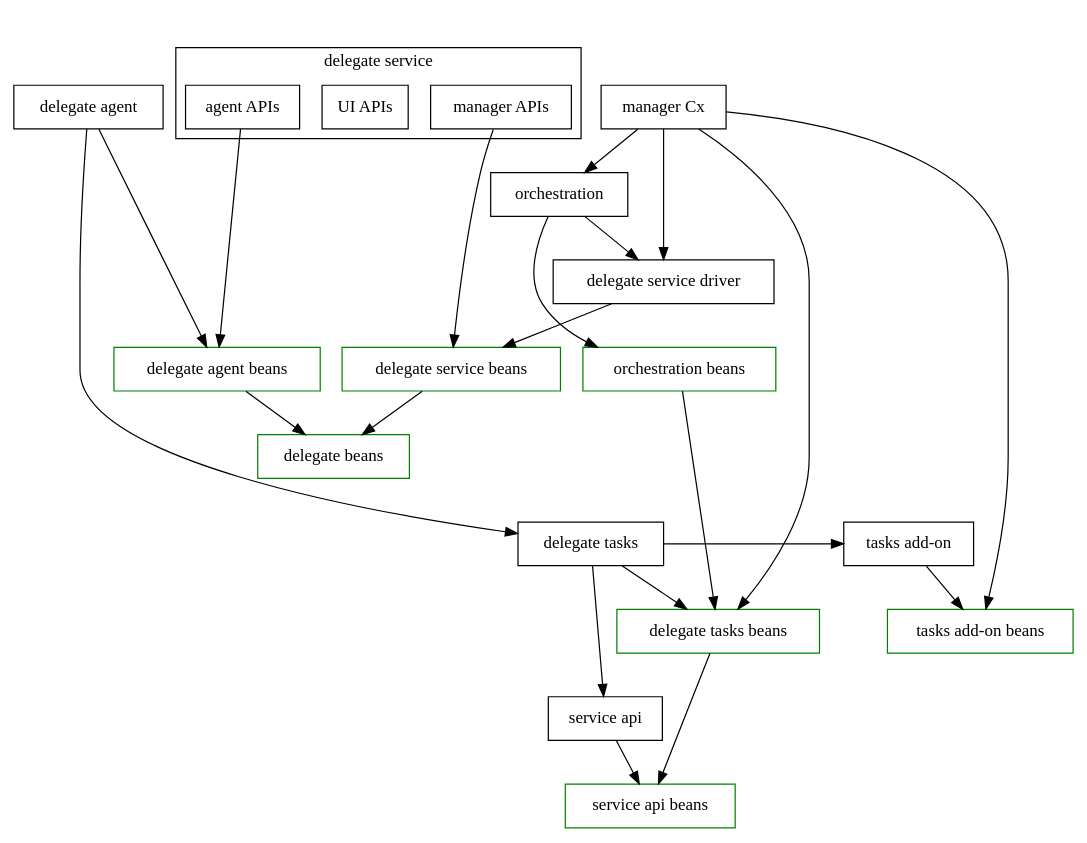
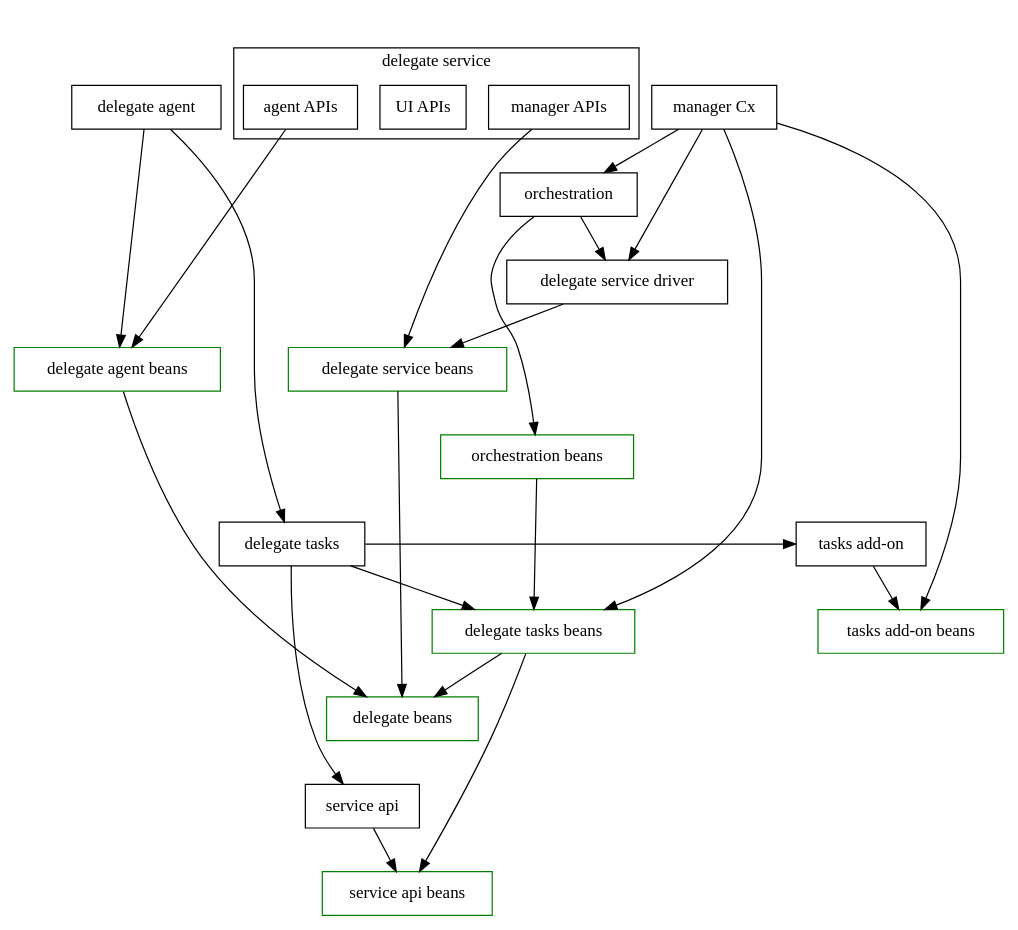
One commit to pranay-harness/harness-core changed the diagram in img/graphviz/layers.dot. Above: the diagram before and after it, drawn with Graphviz. The commit also changed 15 other files, not shown here.

```diff
--- a/img/graphviz/layers.dot
+++ b/img/graphviz/layers.dot
@@ -1,90 +1,91 @@
 digraph G {
   compound=true;
   newrank=true;
 
   service_api_beans [shape=rect color=green label="service api beans"];
 
   service_api [shape=rect label="service api"];
+
+  delegate_beans [shape=rect color=green label="delegate beans"];
 
   subgraph {
     rank=same
     delegate_tasks_beans [shape=rect color=green label="delegate tasks beans"];
     tasks_add_on_beans [shape=rect color=green label="tasks add-on beans"];
   }
 
   subgraph {
     rank=same
     delegate_tasks [shape=rect label="delegate tasks"];
     tasks_add_on [shape=rect label="tasks add-on"];
   }
-
-  delegate_beans [shape=rect color=green label="delegate beans"];
 
   orchestration_beans [shape=rect color=green label="orchestration beans"];
 
   orchestration [shape=rect label="orchestration"];
 
   delegate_service_driver [shape=rect label="delegate service driver"];
 
   subgraph {
     rank=same
     delegate_agent_beans [shape=rect color=green label="delegate agent beans"];
     delegate_service_beans [shape=rect color=green label="delegate service beans"];
   }
 
   subgraph cluster_delegate_service
   {
-	label = "delegate service";
+	  label = "delegate service";
 
     rank=same
     delegate_service_agent [shape=rect label="agent APIs"];
     delegate_service_ui [shape=rect label="UI APIs"];
     delegate_service_managers [shape=rect label="manager APIs"];
   }
 
   subgraph {
     rank=same
     edge[style=invis];
     delegate_agent [shape=rect label="delegate agent"];
     manager_cx [shape=rect label="manager Cx"];
     delegate_agent -> manager_cx;
   }
 
   delegate_service_managers -> orchestration[style=invis];
 
-
   service_api -> service_api_beans;
 
   delegate_tasks -> tasks_add_on;
+
+  delegate_tasks_beans -> delegate_beans;
 
   delegate_tasks_beans -> service_api_beans;
 
   delegate_tasks -> delegate_tasks_beans;
   tasks_add_on -> tasks_add_on_beans;
 
-  delegate_tasks -> service_api [minlen=2];
+  delegate_tasks -> service_api [minlen=3];
 
-  delegate_agent_beans-> delegate_beans;
+  delegate_agent_beans -> delegate_beans [minlen=4];
 
-  delegate_service_beans-> delegate_beans;
+  delegate_service_beans -> delegate_beans [minlen=4];
 
   orchestration_beans -> delegate_tasks_beans;
 
   orchestration -> delegate_service_driver;
 
   orchestration -> orchestration_beans;
 
   delegate_agent -> delegate_agent_beans;
   delegate_agent -> delegate_tasks [minlen=5];
 
   delegate_service_driver -> delegate_service_beans;
 
   delegate_service_managers -> delegate_service_beans;
   delegate_service_agent -> delegate_agent_beans;
 
   manager_cx -> delegate_service_driver;
   manager_cx -> delegate_tasks_beans;
   manager_cx -> tasks_add_on_beans;
 
   manager_cx -> orchestration;
 }
```
